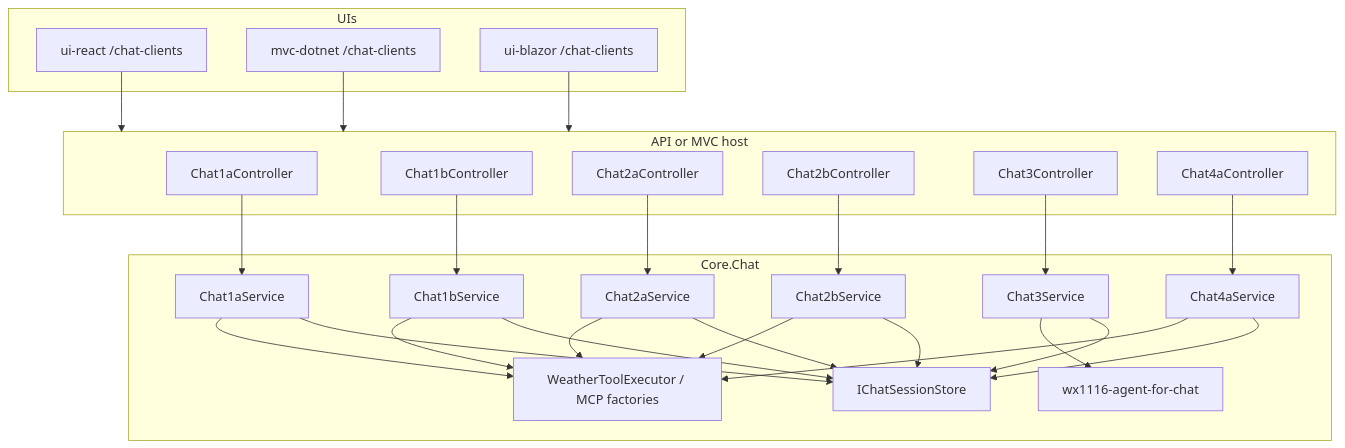
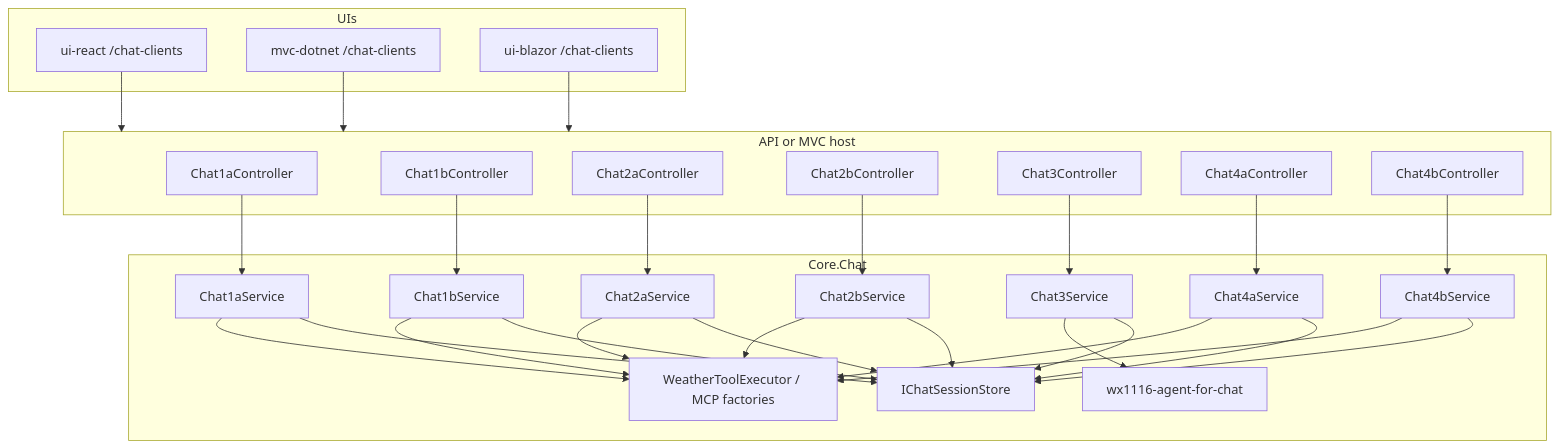
Before and after one commit to dustinkorzaan/weather-1116: the diagram in docs/5-chat-clients/5-chat-clients.md, drawn with Mermaid. The commit also changed other lines of this file and 22 other files, not shown here.

````diff
--- a/docs/5-chat-clients/5-chat-clients.md
+++ b/docs/5-chat-clients/5-chat-clients.md
@@ -28,54 +29,59 @@
 ```mermaid
 flowchart TB
     subgraph ui [UIs]
         React[ui-react /chat-clients]
         MVC[mvc-dotnet /chat-clients]
         Blazor[ui-blazor /chat-clients]
     end
 
     subgraph api [API or MVC host]
         C1a[Chat1aController]
         C1b[Chat1bController]
         C2a[Chat2aController]
         C2b[Chat2bController]
         C3[Chat3Controller]
         C4a[Chat4aController]
+        C4b[Chat4bController]
     end
 
     subgraph core [Core.Chat]
         S1a[Chat1aService]
         S1b[Chat1bService]
         S2a[Chat2aService]
         S2b[Chat2bService]
         S3[Chat3Service]
         S4a[Chat4aService]
+        S4b[Chat4bService]
         Store[IChatSessionStore]
         Tools[WeatherToolExecutor / MCP factories]
         Agent[wx1116-agent-for-chat]
     end
 
     React --> api
     Blazor --> api
     MVC --> api
 
     C1a --> S1a
     C1b --> S1b
     C2a --> S2a
     C2b --> S2b
     C3 --> S3
     C4a --> S4a
+    C4b --> S4b
 
     S1a --> Store
     S1b --> Store
     S2a --> Store
     S2b --> Store
     S3 --> Store
     S4a --> Store
+    S4b --> Store
 
     S1a --> Tools
     S1b --> Tools
     S2a --> Tools
     S2b --> Tools
     S3 --> Agent
     S4a --> Tools
+    S4b --> Tools
 ```
````
